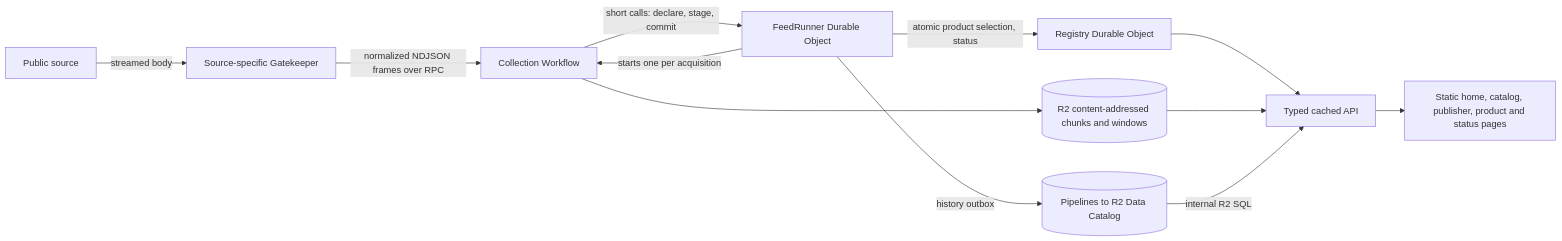
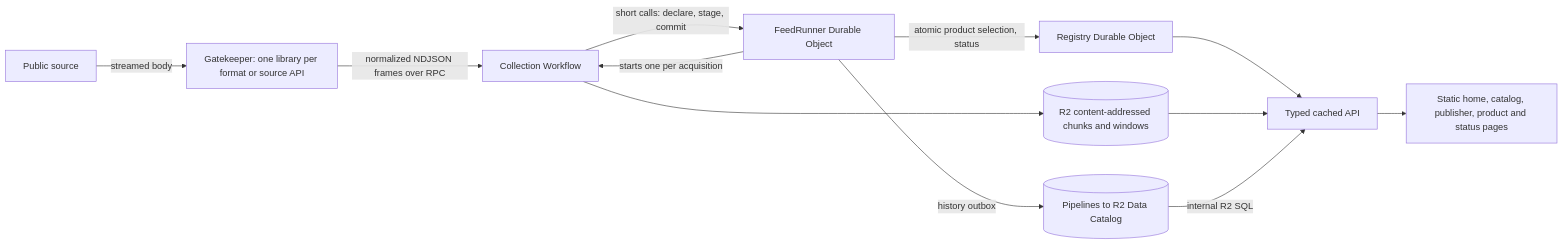
The diagram in README.md (corrreia/open-data.pt), drawn with Mermaid before and after one commit. The commit also changed other lines of this file and 149 other files, not shown here.

First line of the commit message:
One Gatekeeper Worker carrying every library

````diff
--- a/README.md
+++ b/README.md
@@ -20,14 +20,14 @@
 ```mermaid
 flowchart LR
-    Source[Public source] -->|streamed body| Gatekeeper[Source-specific Gatekeeper]
+    Source[Public source] -->|streamed body| Gatekeeper[Gatekeeper: one library per format or source API]
     Gatekeeper -->|normalized NDJSON frames over RPC| Workflow[Collection Workflow]
     Runner[FeedRunner Durable Object] -->|starts one per acquisition| Workflow
     Workflow -->|short calls: declare, stage, commit| Runner
     Workflow --> Chunks[(R2 content-addressed chunks and windows)]
     Runner -->|history outbox| Lake[(Pipelines to R2 Data Catalog)]
     Runner -->|atomic product selection, status| Registry[Registry Durable Object]
     Registry --> API[Typed cached API]
     Chunks --> API
     Lake -->|internal R2 SQL| API
     API --> Pages[Static home, catalog, publisher, product and status pages]
 ```
````
